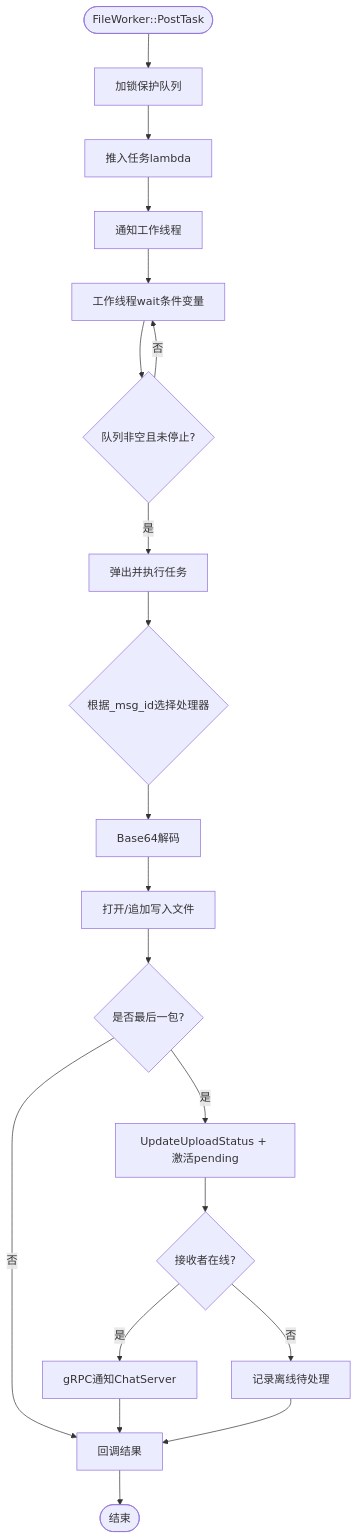
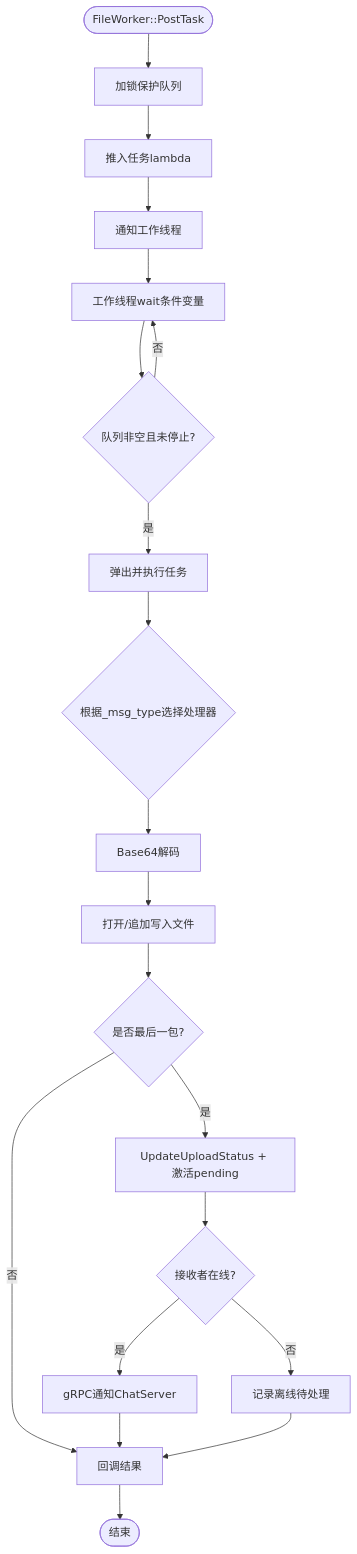
Before and after one commit to echo9923/mychatter: the fourth of 7 diagrams in .qoder/repowiki/zh/content/架构设计/微服务架构设计/ResourceServer资源存储服务/文件工作线程系统.md, drawn with Mermaid. The commit also changed other lines of this file and 128 other files, not shown here.

````diff
--- a/.qoder/repowiki/zh/content/架构设计/微服务架构设计/ResourceServer资源存储服务/文件工作线程系统.md
+++ b/.qoder/repowiki/zh/content/架构设计/微服务架构设计/ResourceServer资源存储服务/文件工作线程系统.md
@@ -173,22 +173,22 @@
 ```mermaid
 flowchart TD
 Start(["FileWorker::PostTask"]) --> Lock["加锁保护队列"]
 Lock --> Push["推入任务lambda"]
 Push --> Notify["通知工作线程"]
 Notify --> Wait["工作线程wait条件变量"]
 Wait --> Pop{"队列非空且未停止?"}
 Pop --> |否| Wait
 Pop --> |是| Exec["弹出并执行任务"]
-Exec --> Handler{"根据_msg_id选择处理器"}
+Exec --> Handler{"根据_msg_type选择处理器"}
 Handler --> Decode["Base64解码"]
 Decode --> IO["打开/追加写入文件"]
 IO --> Last{"是否最后一包?"}
 Last --> |是| Update["UpdateUploadStatus + 激活pending"]
 Last --> |否| Callback["回调结果"]
 Update --> CheckOnline{"接收者在线?"}
 CheckOnline --> |是| NotifyGRPC["gRPC通知ChatServer"]
 CheckOnline --> |否| OfflinePending["记录离线待处理"]
 NotifyGRPC --> Callback
 OfflinePending --> Callback
 Callback --> End(["结束"])
 ```
````
